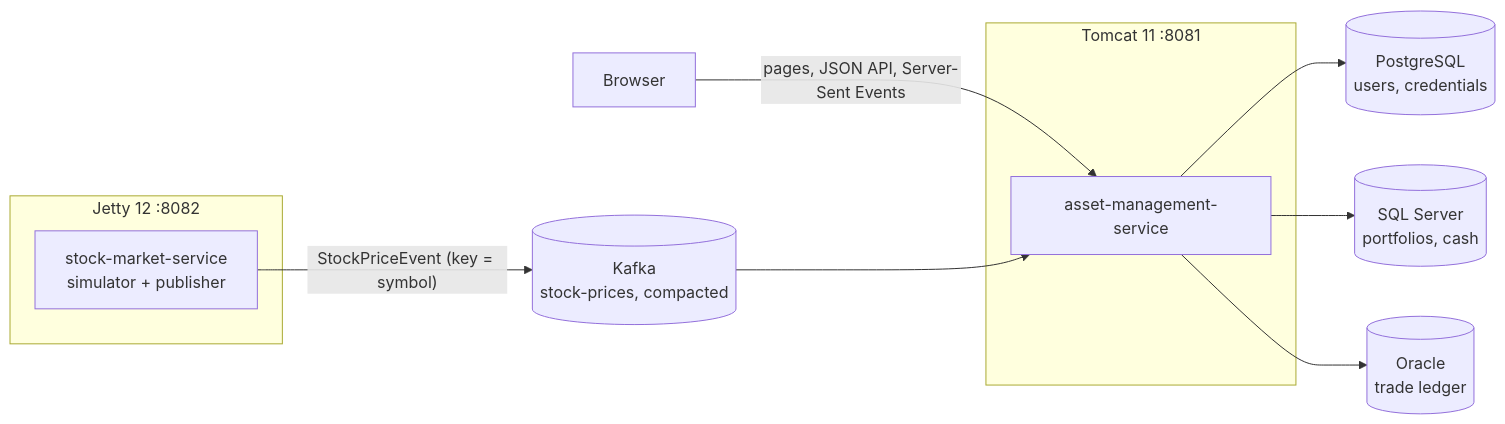
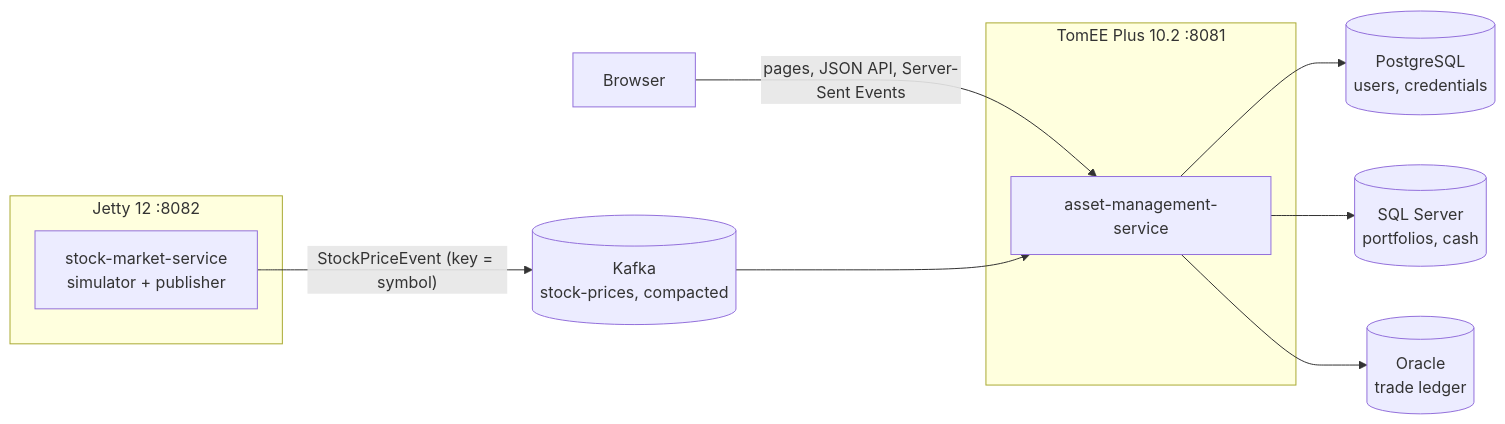
Before and after one commit to alexvladu/distributed-java: the diagram in stock-market-project/README.md, drawn with Mermaid. The commit also changed other lines of this file and 9 other files, not shown here.

Commit message:
Migrate asset-management service from Tomcat to TomEE Plus

````diff
--- a/stock-market-project/README.md
+++ b/stock-market-project/README.md
@@ -7,15 +7,15 @@
 ```mermaid
 flowchart LR
     Browser -- "pages, JSON API, Server-Sent Events" --> Asset
     subgraph Jetty [Jetty 12 :8082]
         Market[stock-market-service<br/>simulator + publisher]
     end
-    subgraph Tomcat [Tomcat 11 :8081]
+    subgraph TomEE [TomEE Plus 10.2 :8081]
         Asset[asset-management-service]
     end
     Market -- "StockPriceEvent (key = symbol)" --> Kafka[(Kafka<br/>stock-prices, compacted)]
     Kafka --> Asset
     Asset --> PG[(PostgreSQL<br/>users, credentials)]
     Asset --> MS[(SQL Server<br/>portfolios, cash)]
     Asset --> OR[(Oracle<br/>trade ledger)]
 ```
````
